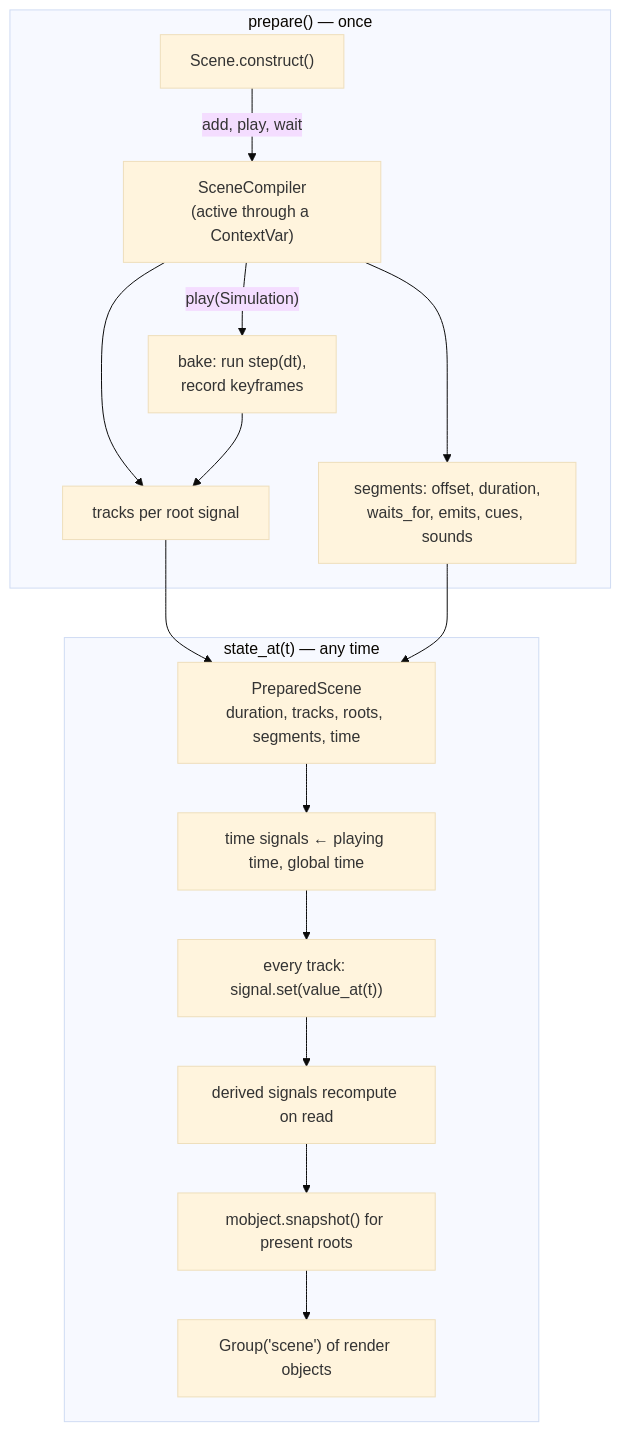
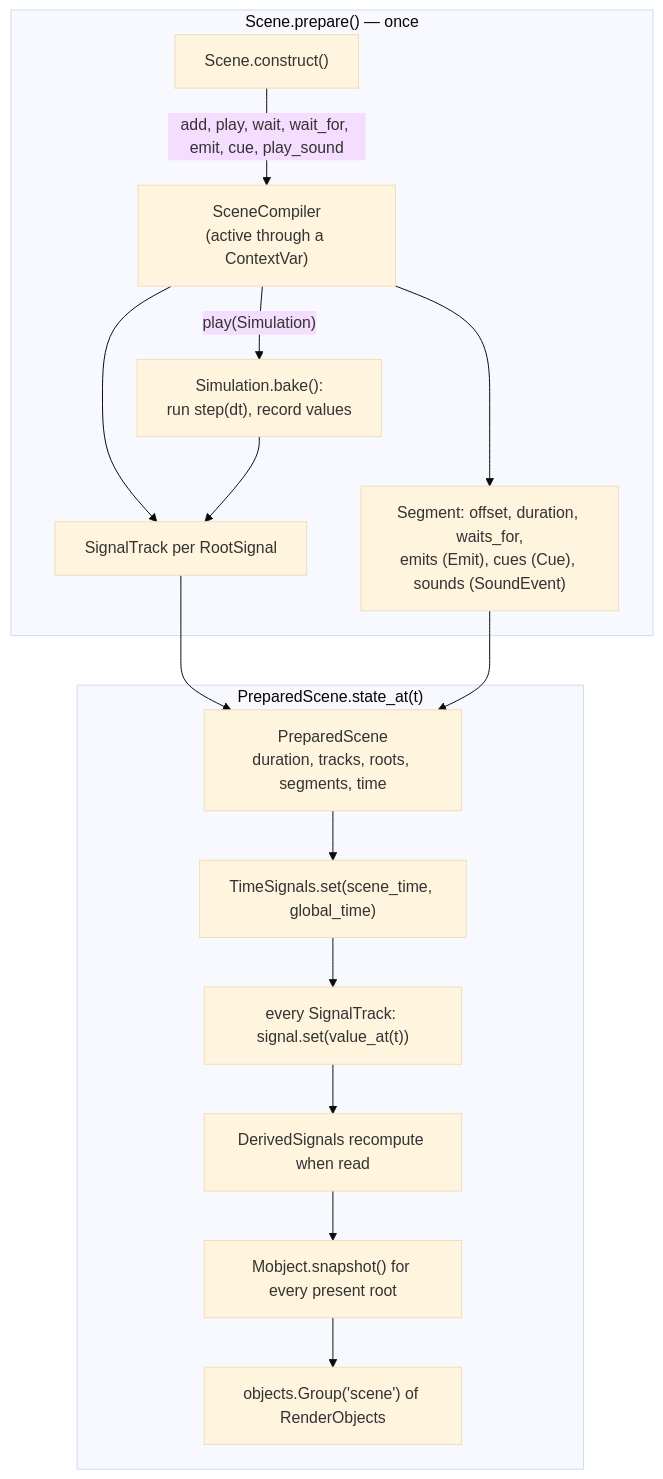
Before and after one commit to MrDiver/manim: the fourth of 8 diagrams in manimx/ARCHITECTURE.md, drawn with Mermaid (base theme). The commit also changed other lines of this file, not shown here.

First line of the commit message:
manimx: describe the architecture with the names from the code

````diff
--- a/manimx/ARCHITECTURE.md
+++ b/manimx/ARCHITECTURE.md
@@ -223,18 +238,18 @@
 ```mermaid
 flowchart TD
-    subgraph Compile["prepare() — once"]
-        A["Scene.construct()"] -->|"add, play, wait"| SC["SceneCompiler<br/>(active through a ContextVar)"]
-        SC --> T["tracks per root signal"]
-        SC --> SG["segments: offset, duration,<br/>waits_for, emits, cues, sounds"]
-        SC -->|"play(Simulation)"| BK["bake: run step(dt),<br/>record keyframes"]
+    subgraph Compile["Scene.prepare() — once"]
+        A["Scene.construct()"] -->|"add, play, wait, wait_for, emit, cue, play_sound"| SC["SceneCompiler<br/>(active through a ContextVar)"]
+        SC --> T["SignalTrack per RootSignal"]
+        SC --> SG["Segment: offset, duration, waits_for,<br/>emits (Emit), cues (Cue), sounds (SoundEvent)"]
+        SC -->|"play(Simulation)"| BK["Simulation.bake():<br/>run step(dt), record values"]
         BK --> T
     end
     T & SG --> PS["PreparedScene<br/>duration, tracks, roots, segments, time"]
-    subgraph Eval["state_at(t) — any time"]
-        PS --> E1["time signals ← playing time, global time"]
-        E1 --> E2["every track: signal.set(value_at(t))"]
-        E2 --> E3["derived signals recompute on read"]
-        E3 --> E4["mobject.snapshot() for present roots"]
-        E4 --> RO["Group('scene') of render objects"]
+    subgraph Eval["PreparedScene.state_at(t)"]
+        PS --> E1["TimeSignals.set(scene_time, global_time)"]
+        E1 --> E2["every SignalTrack: signal.set(value_at(t))"]
+        E2 --> E3["DerivedSignals recompute when read"]
+        E3 --> E4["Mobject.snapshot() for every present root"]
+        E4 --> RO["objects.Group('scene') of RenderObjects"]
     end
 ```
````
